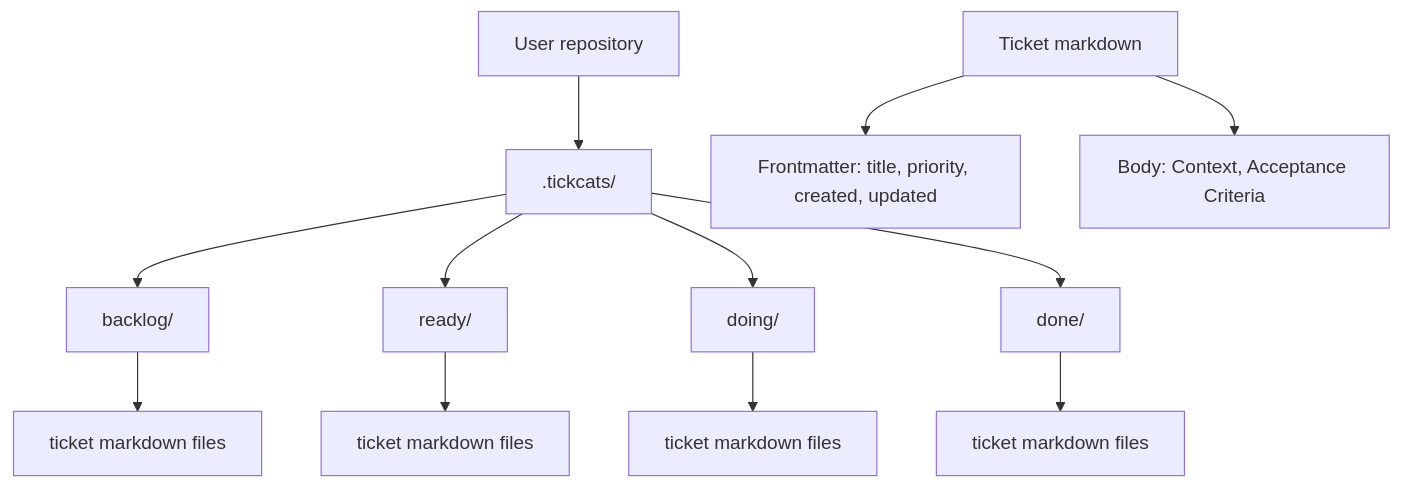
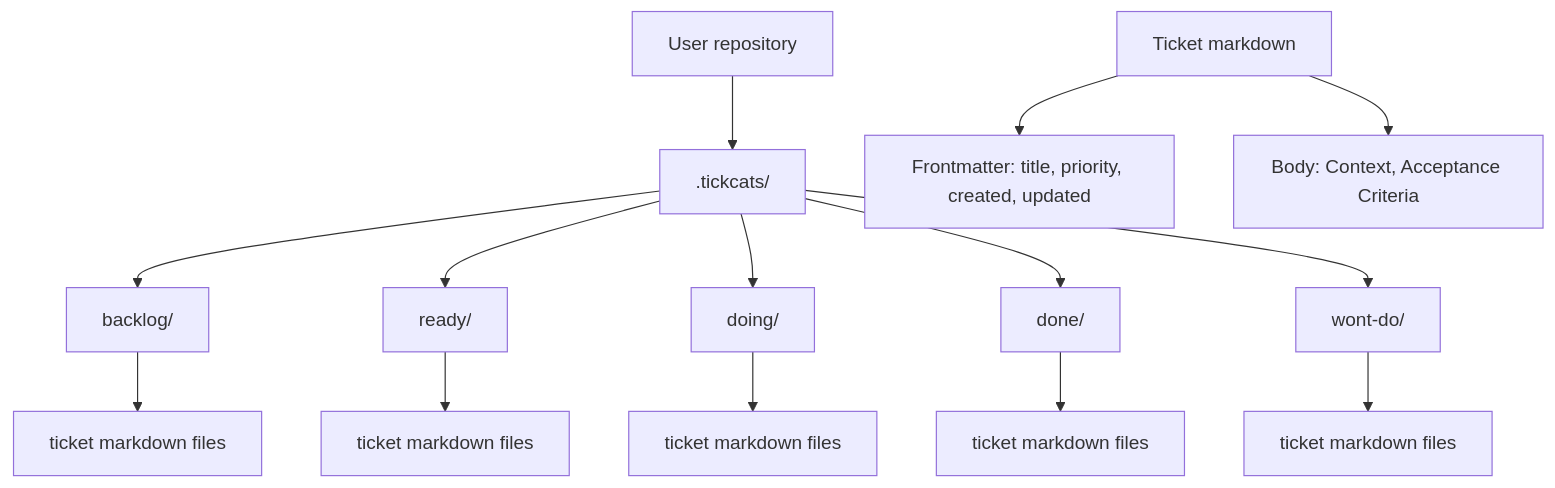
The second of 7 diagrams in docs/architecture.md (dawidsok/tickcats), drawn with Mermaid before and after one commit. The commit also changed other lines of this file and 10 other files, not shown here.

````diff
--- a/docs/architecture.md
+++ b/docs/architecture.md
@@ -22,15 +22,17 @@
 ```mermaid
 flowchart TD
     R[User repository] --> T[".tickcats/"]
     T --> B["backlog/"]
     T --> Y["ready/"]
     T --> D["doing/"]
     T --> N["done/"]
+    T --> W["wont-do/"]
     B --> B1["ticket markdown files"]
     Y --> Y1["ticket markdown files"]
     D --> D1["ticket markdown files"]
     N --> N1["ticket markdown files"]
+    W --> W1["ticket markdown files"]
 
     M[Ticket markdown] --> F[Frontmatter: title, priority, created, updated]
     M --> C[Body: Context, Acceptance Criteria]
 ```
````
